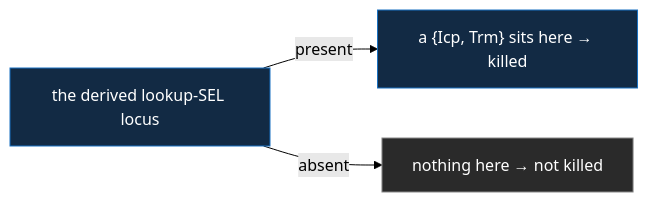
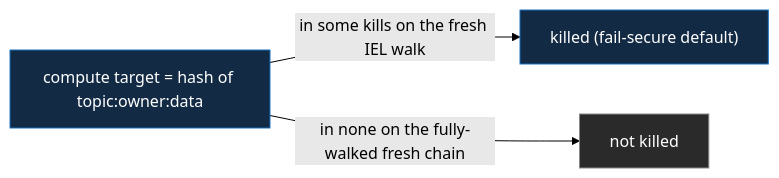
The third of 3 diagrams in docs/design/protocol-doctrine.md (jasoncolburne/vdti), drawn with Mermaid (forest theme) before and after one commit. The commit also changed other lines of this file and 2 other files, not shown here.

````diff
--- a/docs/design/protocol-doctrine.md
+++ b/docs/design/protocol-doctrine.md
@@ -1220,8 +1184,8 @@
 ```mermaid
 flowchart LR
-locus["the derived lookup-SEL locus"]:::sel
-locus -->|present| hit["a {Icp, Trm} sits here → killed"]:::sel
-locus -->|absent| miss["nothing here → not killed"]:::none
+tgt["compute target = hash of topic:owner:data"]:::sel
+tgt -->|in some kills on the fresh IEL walk| hit["killed  (fail-secure default)"]:::sel
+tgt -->|in none on the fully-walked fresh chain| miss["not killed"]:::none
 classDef sel fill:#122a44,stroke:#1971c2,color:#fff
 classDef none fill:#2a2a2a,stroke:#888888,color:#fff
 ```
````
